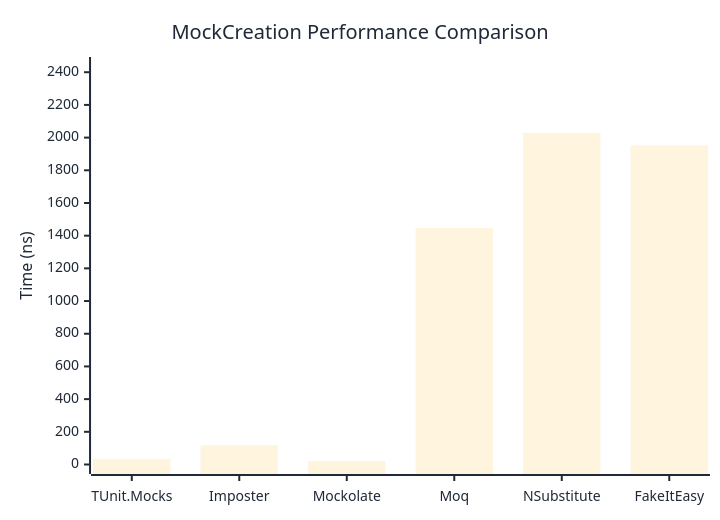
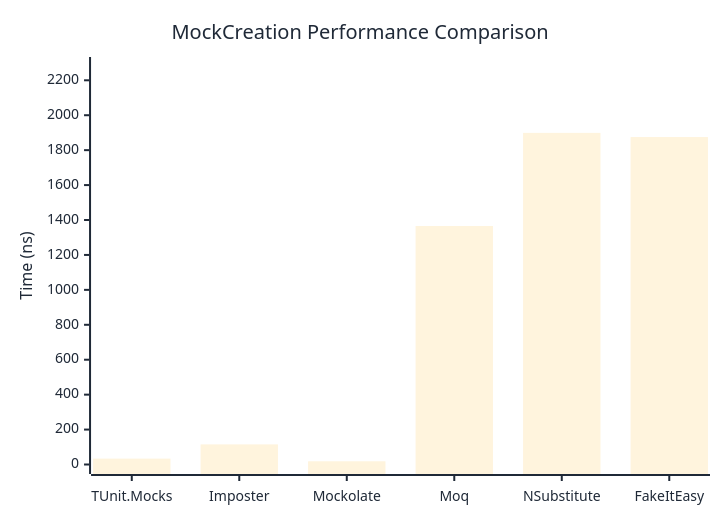
The first of 2 diagrams in docs/docs/benchmarks/mocks/MockCreation.md (thomhurst/TUnit), drawn with Mermaid before and after one commit. The commit also changed other lines of this file and 14 other files, not shown here.

````diff
--- a/docs/docs/benchmarks/mocks/MockCreation.md
+++ b/docs/docs/benchmarks/mocks/MockCreation.md
@@ -30,27 +30,27 @@
 ```mermaid
 %%{init: {
   'theme':'base',
   'themeVariables': {
     'primaryColor': '#2563eb',
     'primaryTextColor': '#1f2937',
     'primaryBorderColor': '#1e40af',
     'lineColor': '#6b7280',
     'secondaryColor': '#7c3aed',
     'tertiaryColor': '#dc2626',
     'background': '#ffffff',
     'pie1': '#2563eb',
     'pie2': '#7c3aed',
     'pie3': '#dc2626',
     'pie4': '#f59e0b',
     'pie5': '#10b981',
     'pie6': '#06b6d4',
     'pie7': '#ec4899',
     'pie8': '#6366f1'
   }
 }}%%
 xychart-beta
   title "MockCreation Performance Comparison"
   x-axis ["TUnit.Mocks", "Imposter", "Mockolate", "Moq", "NSubstitute", "FakeItEasy"]
-  y-axis "Time (ns)" 0 --> 2435
-  bar [34.11, 117.41, 20.45, 1446.83, 2028.35, 1952.4]
+  y-axis "Time (ns)" 0 --> 2279
+  bar [33.68, 115.12, 18.41, 1365.74, 1898.99, 1874.97]
 ```
````
